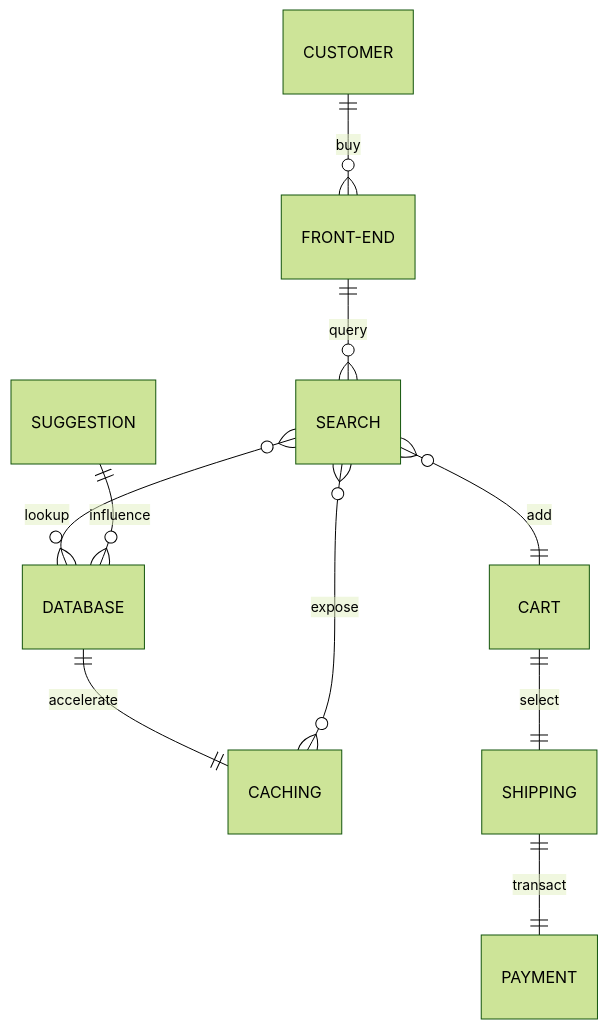
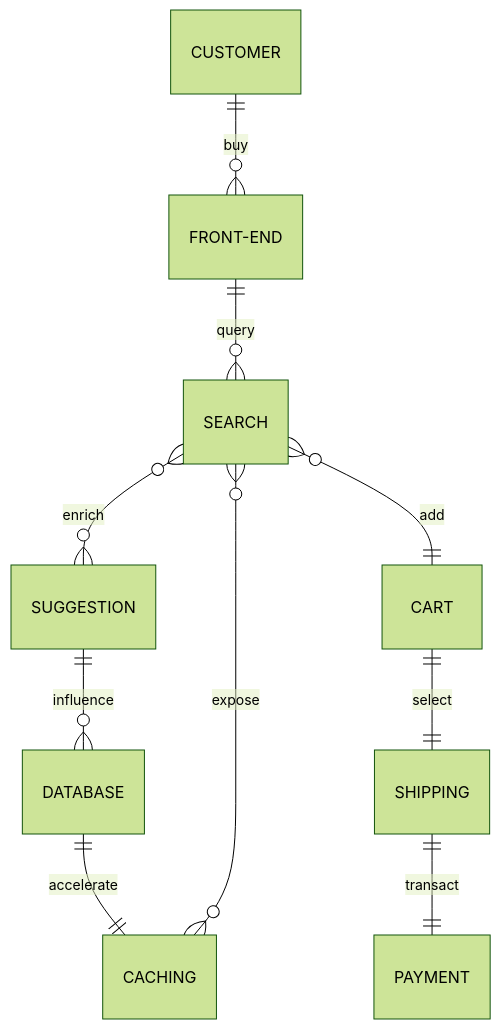
The second of 2 diagrams in docs/concepts.md (beezy-cloud/project-pancake), drawn with Mermaid (forest theme) before and after one commit.

````diff
--- a/docs/concepts.md
+++ b/docs/concepts.md
@@ -62,12 +62,12 @@
 ```mermaid
    erDiagram
    CUSTOMER ||--o{ FRONT-END : buy
    FRONT-END ||--o{ SEARCH : query
-   SEARCH }o--o{ DATABASE: lookup
+   SEARCH }o--o{ SUGGESTION: enrich
    SUGGESTION ||--o{ DATABASE : influence
    DATABASE ||--|| CACHING: accelerate
    CACHING }o--o{ SEARCH: expose
    SEARCH }o--|| CART : add
    CART ||--|| SHIPPING : select
    SHIPPING ||--|| PAYMENT : transact
 ```
````
